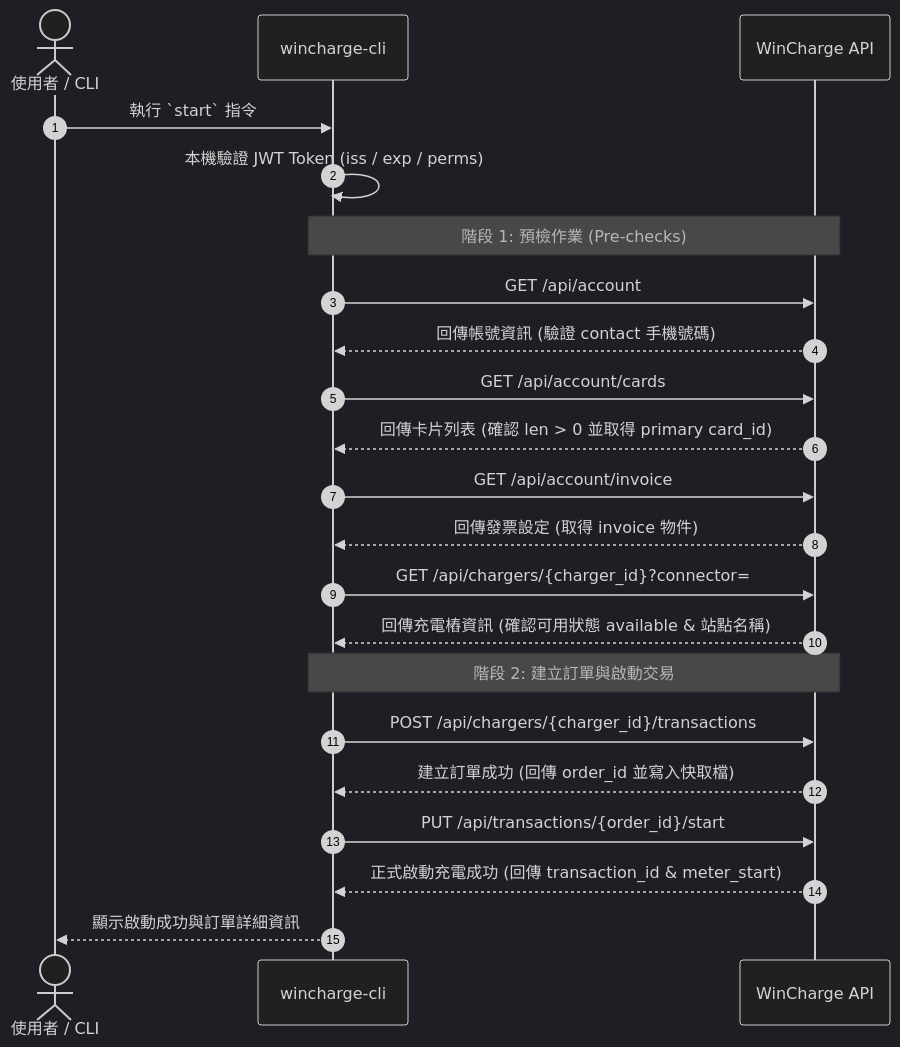
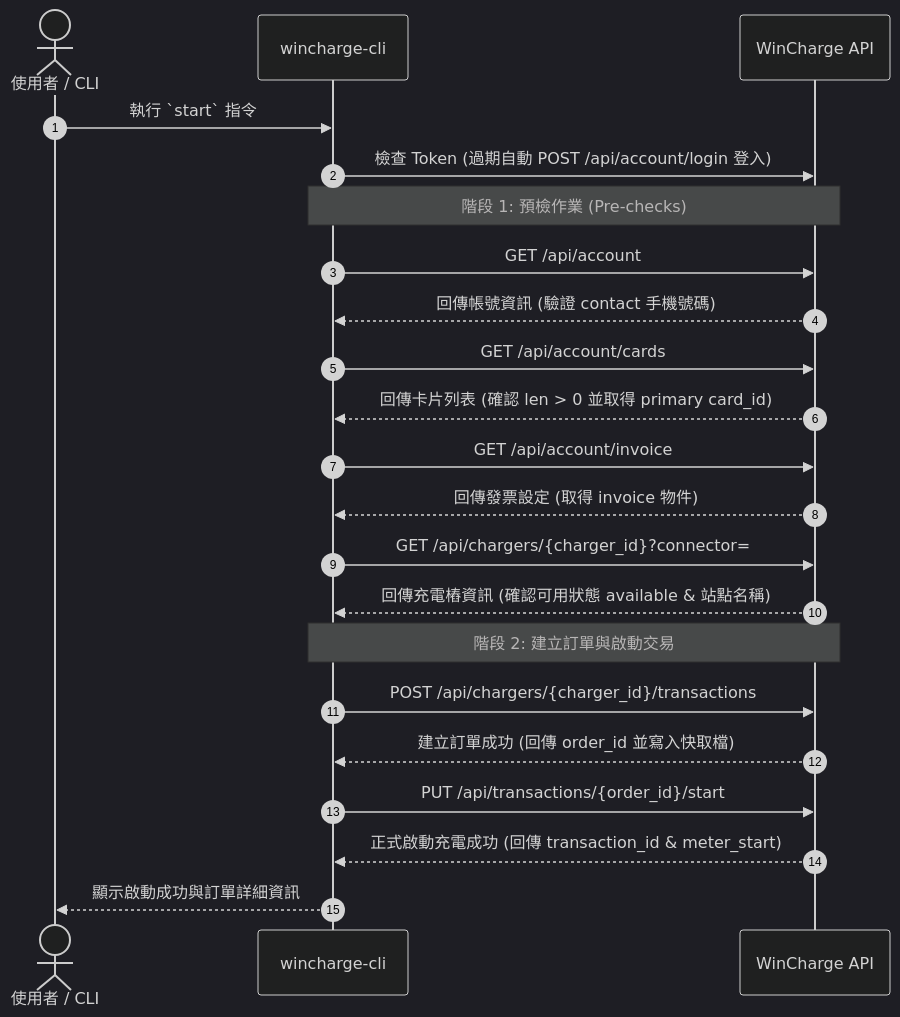
Before and after one commit to shuangrain/wincharge-cli: the second of 2 diagrams in README.md, drawn with Mermaid (dark theme). The commit also changed other lines of this file and 5 other files, not shown here.

Commit message:
feat: Add account & password-hash login mode with 24h auto-refreshing JWT token management

````diff
--- a/README.md
+++ b/README.md
@@ -103,32 +108,32 @@
 ```mermaid
 sequenceDiagram
     autonumber
     actor User as 使用者 / CLI
     participant Script as wincharge-cli
     participant API as WinCharge API
 
     User->>Script: 執行 `start` 指令
-    Script->>Script: 本機驗證 JWT Token (iss / exp / perms)
+    Script->>API: 檢查 Token (過期自動 POST /api/account/login 登入)
 
     note over Script, API: 階段 1: 預檢作業 (Pre-checks)
     Script->>API: GET /api/account
     API-->>Script: 回傳帳號資訊 (驗證 contact 手機號碼)
     
     Script->>API: GET /api/account/cards
     API-->>Script: 回傳卡片列表 (確認 len > 0 並取得 primary card_id)
     
     Script->>API: GET /api/account/invoice
     API-->>Script: 回傳發票設定 (取得 invoice 物件)
     
     Script->>API: GET /api/chargers/{charger_id}?connector=
     API-->>Script: 回傳充電樁資訊 (確認可用狀態 available & 站點名稱)
 
     note over Script, API: 階段 2: 建立訂單與啟動交易
     Script->>API: POST /api/chargers/{charger_id}/transactions
     API-->>Script: 建立訂單成功 (回傳 order_id 並寫入快取檔)
     
     Script->>API: PUT /api/transactions/{order_id}/start
     API-->>Script: 正式啟動充電成功 (回傳 transaction_id & meter_start)
 
     Script-->>User: 顯示啟動成功與訂單詳細資訊
 ```
````
